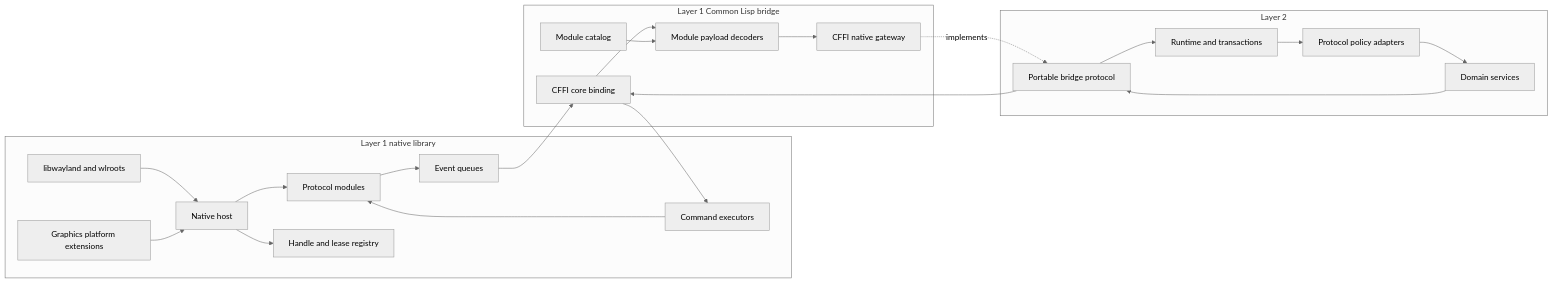
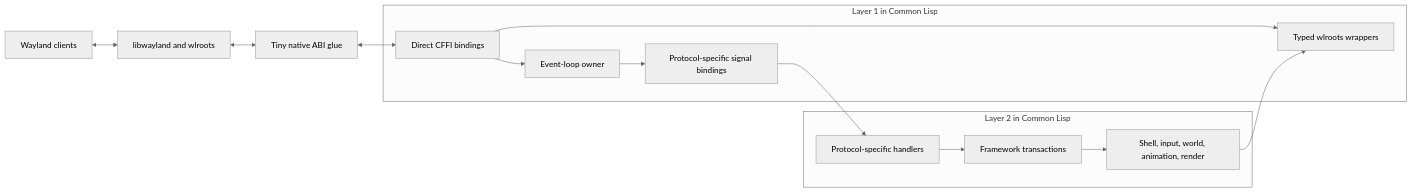
The first of 6 diagrams in docs/LAYER-1-2-INTERFACE.md (SeungheonOh/ataxia), drawn with Mermaid (neutral theme) before and after one commit. The commit also changed other lines of this file, not shown here.

Commit message:
docs: replace generic bridge with direct wlroots bindings

````diff
--- a/docs/LAYER-1-2-INTERFACE.md
+++ b/docs/LAYER-1-2-INTERFACE.md
@@ -38,46 +31,30 @@
 ```mermaid
 flowchart LR
-    subgraph NATIVE[Layer 1 native library]
-        WL[libwayland and wlroots]
-        HOST[Native host]
-        MODS[Protocol modules]
-        REG[Handle and lease registry]
-        EQ[Event queues]
-        CE[Command executors]
-        GFX[Graphics platform extensions]
+    CLIENT[Wayland clients]
+    WLR[libwayland and wlroots]
+    C[Tiny native ABI glue]
+
+    subgraph L1[Layer 1 in Common Lisp]
+        BIND[Direct CFFI bindings]
+        LOOP[Event-loop owner]
+        WRAP[Typed wlroots wrappers]
+        SIGNAL[Protocol-specific signal bindings]
     end
 
-    subgraph LISPBRIDGE[Layer 1 Common Lisp bridge]
-        CFFI[CFFI core binding]
-        CATALOG[Module catalog]
-        DECODERS[Module payload decoders]
-        GATEWAY[CFFI native gateway]
+    subgraph L2[Layer 2 in Common Lisp]
+        HANDLER[Protocol-specific handlers]
+        SERVICES[Shell, input, world, animation, render]
+        TX[Framework transactions]
     end
 
-    subgraph FRAMEWORK[Layer 2]
-        BRIDGE[Portable bridge protocol]
-        RUNTIME[Runtime and transactions]
-        ADAPTERS[Protocol policy adapters]
-        SERVICES[Domain services]
-    end
-
-    WL --> HOST
-    HOST --> MODS
-    HOST --> REG
-    MODS --> EQ
-    CE --> MODS
-    GFX --> HOST
-
-    EQ --> CFFI
-    CFFI --> DECODERS
-    CATALOG --> DECODERS
-    DECODERS --> GATEWAY
-    GATEWAY -.implements.-> BRIDGE
-
-    BRIDGE --> RUNTIME
-    RUNTIME --> ADAPTERS
-    ADAPTERS --> SERVICES
-    SERVICES --> BRIDGE
-    BRIDGE --> CFFI
-    CFFI --> CE
+    CLIENT <--> WLR
+    WLR <--> C
+    C <--> BIND
+    BIND --> LOOP
+    BIND --> WRAP
+    LOOP --> SIGNAL
+    SIGNAL --> HANDLER
+    HANDLER --> TX
+    TX --> SERVICES
+    SERVICES --> WRAP
 ```
````
